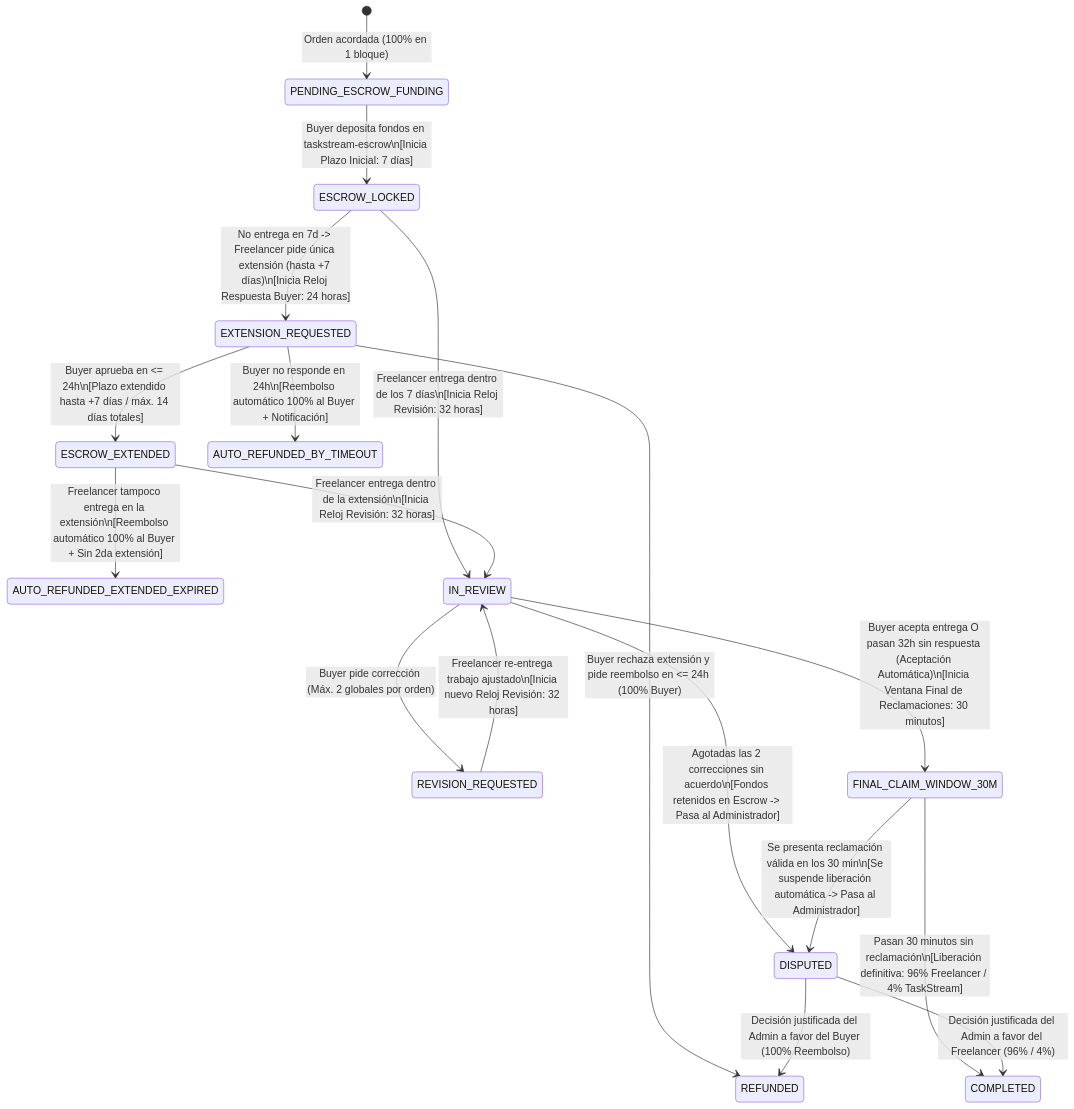
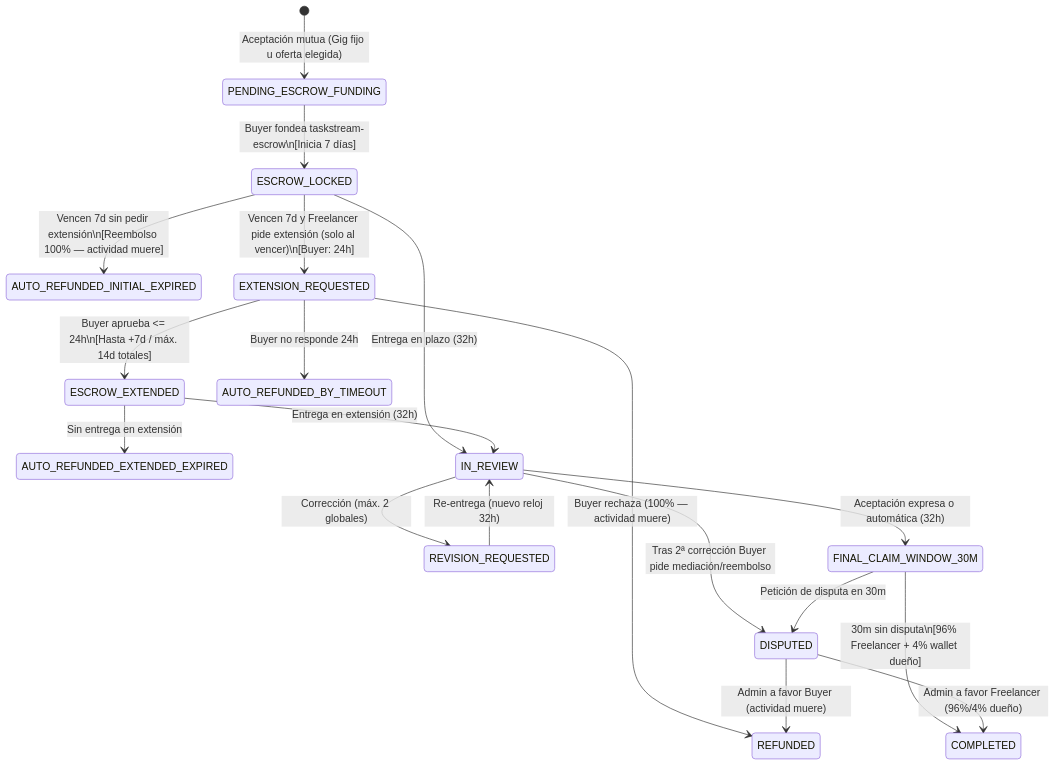
The first of 2 diagrams in planning/architecture-overview.md (Sebastian-Tunjuelo/Haki-Soft), drawn with Mermaid before and after one commit. The commit also changed other lines of this file and 85 other files, not shown here.

First line of the commit message:
feat: scaffold monorepo with NestJS API, Next.js web, shared schemas, and Open Payments tools

````diff
--- a/planning/architecture-overview.md
+++ b/planning/architecture-overview.md
@@ -96,28 +73,28 @@
 ```mermaid
 stateDiagram-v2
-    [*] --> PENDING_ESCROW_FUNDING: Orden acordada (100% en 1 bloque)
-    PENDING_ESCROW_FUNDING --> ESCROW_LOCKED: Buyer deposita fondos en taskstream-escrow\n[Inicia Plazo Inicial: 7 días]
+    [*] --> PENDING_ESCROW_FUNDING: Aceptación mutua (Gig fijo u oferta elegida)
+    PENDING_ESCROW_FUNDING --> ESCROW_LOCKED: Buyer fondea taskstream-escrow\n[Inicia 7 días]
 
-    ESCROW_LOCKED --> EXTENSION_REQUESTED: No entrega en 7d -> Freelancer pide única extensión (hasta +7 días)\n[Inicia Reloj Respuesta Buyer: 24 horas]
-    EXTENSION_REQUESTED --> ESCROW_EXTENDED: Buyer aprueba en <= 24h\n[Plazo extendido hasta +7 días / máx. 14 días totales]
-    EXTENSION_REQUESTED --> REFUNDED: Buyer rechaza extensión y pide reembolso en <= 24h (100% Buyer)
-    EXTENSION_REQUESTED --> AUTO_REFUNDED_BY_TIMEOUT: Buyer no responde en 24h\n[Reembolso automático 100% al Buyer + Notificación]
+    ESCROW_LOCKED --> AUTO_REFUNDED_INITIAL_EXPIRED: Vencen 7d sin pedir extensión\n[Reembolso 100% — actividad muere]
+    ESCROW_LOCKED --> EXTENSION_REQUESTED: Vencen 7d y Freelancer pide extensión (solo al vencer)\n[Buyer: 24h]
+    EXTENSION_REQUESTED --> ESCROW_EXTENDED: Buyer aprueba <= 24h\n[Hasta +7d / máx. 14d totales]
+    EXTENSION_REQUESTED --> REFUNDED: Buyer rechaza (100% — actividad muere)
+    EXTENSION_REQUESTED --> AUTO_REFUNDED_BY_TIMEOUT: Buyer no responde 24h
 
-    ESCROW_EXTENDED --> AUTO_REFUNDED_EXTENDED_EXPIRED: Freelancer tampoco entrega en la extensión\n[Reembolso automático 100% al Buyer + Sin 2da extensión]
+    ESCROW_EXTENDED --> AUTO_REFUNDED_EXTENDED_EXPIRED: Sin entrega en extensión
 
-    ESCROW_LOCKED --> IN_REVIEW: Freelancer entrega dentro de los 7 días\n[Inicia Reloj Revisión: 32 horas]
-    ESCROW_EXTENDED --> IN_REVIEW: Freelancer entrega dentro de la extensión\n[Inicia Reloj Revisión: 32 horas]
+    ESCROW_LOCKED --> IN_REVIEW: Entrega en plazo (32h)
+    ESCROW_EXTENDED --> IN_REVIEW: Entrega en extensión (32h)
 
-    IN_REVIEW --> REVISION_REQUESTED: Buyer pide corrección (Máx. 2 globales por orden)
-    REVISION_REQUESTED --> IN_REVIEW: Freelancer re-entrega trabajo ajustado\n[Inicia nuevo Reloj Revisión: 32 horas]
+    IN_REVIEW --> REVISION_REQUESTED: Corrección (máx. 2 globales)
+    REVISION_REQUESTED --> IN_REVIEW: Re-entrega (nuevo reloj 32h)
 
-    IN_REVIEW --> DISPUTED: Agotadas las 2 correcciones sin acuerdo\n[Fondos retenidos en Escrow -> Pasa al Administrador]
+    IN_REVIEW --> DISPUTED: Tras 2ª corrección Buyer pide mediación/reembolso
+    IN_REVIEW --> FINAL_CLAIM_WINDOW_30M: Aceptación expresa o automática (32h)
 
-    IN_REVIEW --> FINAL_CLAIM_WINDOW_30M: Buyer acepta entrega O pasan 32h sin respuesta (Aceptación Automática)\n[Inicia Ventana Final de Reclamaciones: 30 minutos]
+    FINAL_CLAIM_WINDOW_30M --> DISPUTED: Petición de disputa en 30m
+    FINAL_CLAIM_WINDOW_30M --> COMPLETED: 30m sin disputa\n[96% Freelancer + 4% wallet dueño]
 
-    FINAL_CLAIM_WINDOW_30M --> DISPUTED: Se presenta reclamación válida en los 30 min\n[Se suspende liberación automática -> Pasa al Administrador]
-    FINAL_CLAIM_WINDOW_30M --> COMPLETED: Pasan 30 minutos sin reclamación\n[Liberación definitiva: 96% Freelancer / 4% TaskStream]
-
-    DISPUTED --> REFUNDED: Decisión justificada del Admin a favor del Buyer (100% Reembolso)
-    DISPUTED --> COMPLETED: Decisión justificada del Admin a favor del Freelancer (96% / 4%)
+    DISPUTED --> REFUNDED: Admin a favor Buyer (actividad muere)
+    DISPUTED --> COMPLETED: Admin a favor Freelancer (96%/4% dueño)
 ```
````
